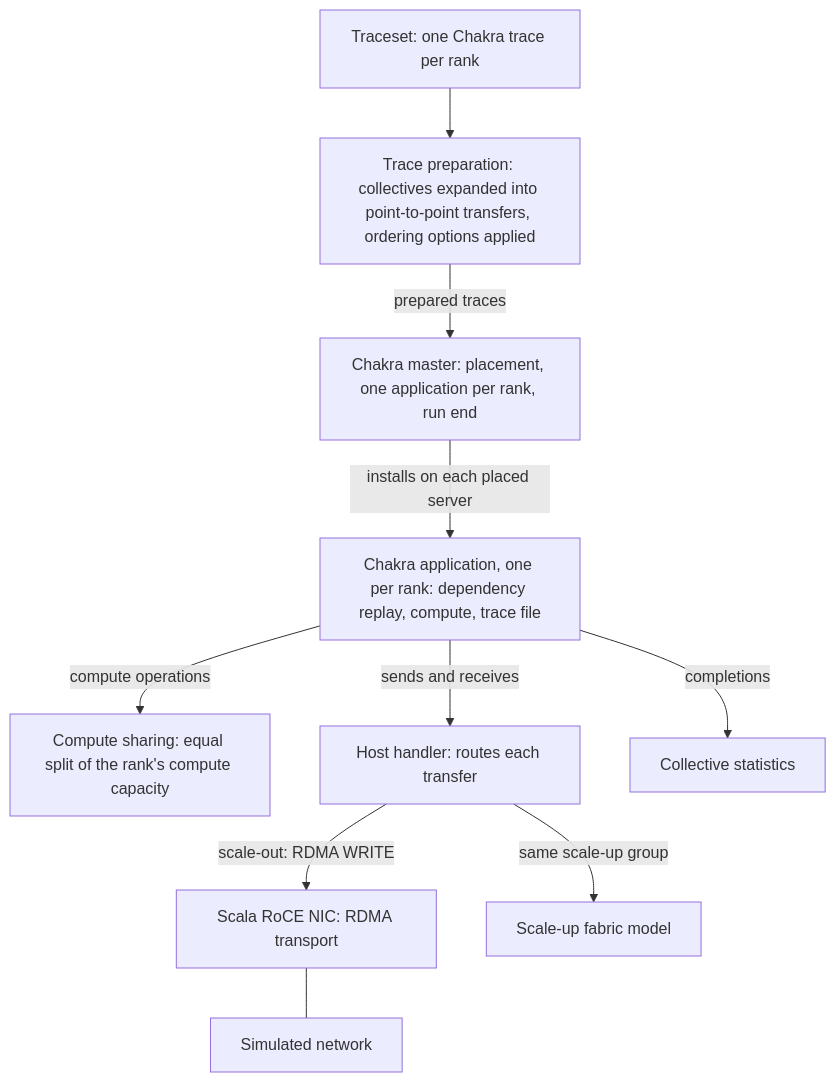
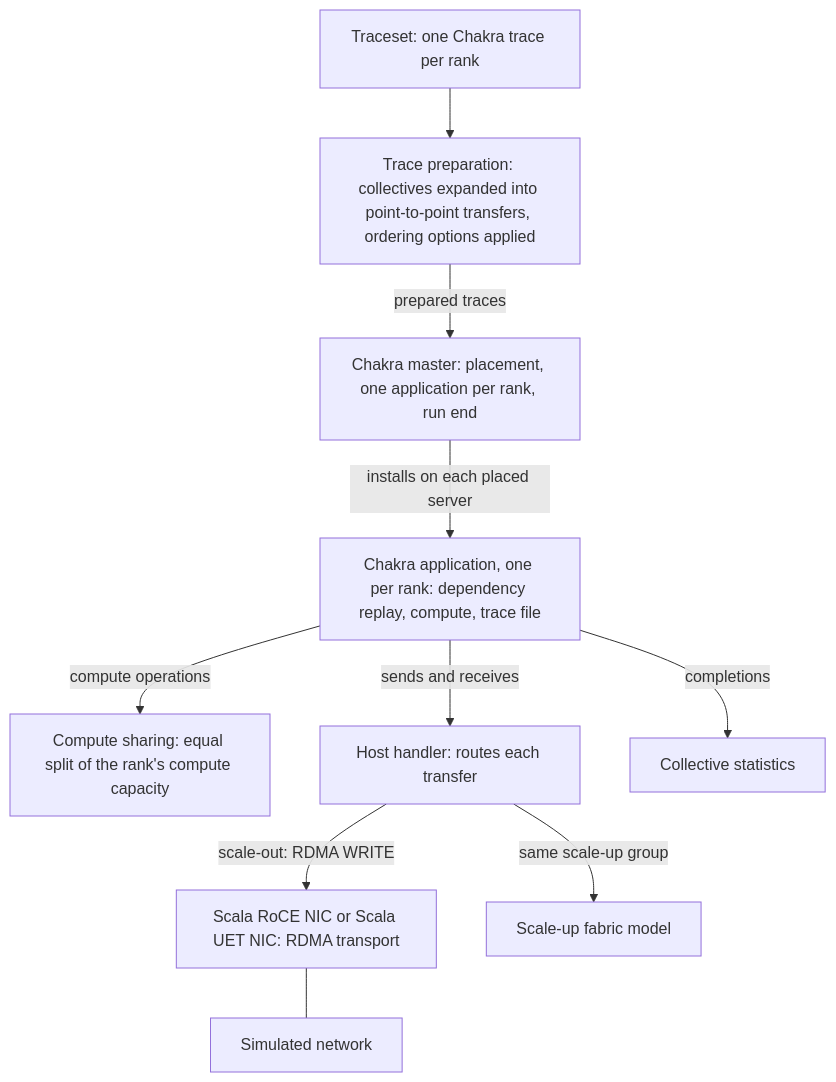
Before and after one commit to scala-computing/docs: the diagram in models/chakra-workload/index.md, drawn with Mermaid. The commit also changed other lines of this file and 15 other files, not shown here.

````diff
--- a/models/chakra-workload/index.md
+++ b/models/chakra-workload/index.md
@@ -37,22 +37,22 @@
 ```mermaid
 flowchart TB
   TS["Traceset: one Chakra trace per rank"]
   TP["Trace preparation: collectives expanded into point-to-point transfers, ordering options applied"]
   MA["Chakra master: placement, one application per rank, run end"]
   AP["Chakra application, one per rank: dependency replay, compute, trace file"]
   CS["Compute sharing: equal split of the rank's compute capacity"]
   HH["Host handler: routes each transfer"]
-  NIC["Scala RoCE NIC: RDMA transport"]
+  NIC["Scala RoCE NIC or Scala UET NIC: RDMA transport"]
   NET["Simulated network"]
   SU["Scale-up fabric model"]
   ST["Collective statistics"]
   TS --> TP
   TP -->|"prepared traces"| MA
   MA -->|"installs on each placed server"| AP
   AP -->|"compute operations"| CS
   AP -->|"sends and receives"| HH
   HH -->|"scale-out: RDMA WRITE"| NIC
   NIC --- NET
   HH -->|"same scale-up group"| SU
   AP -->|"completions"| ST
 ```
````
